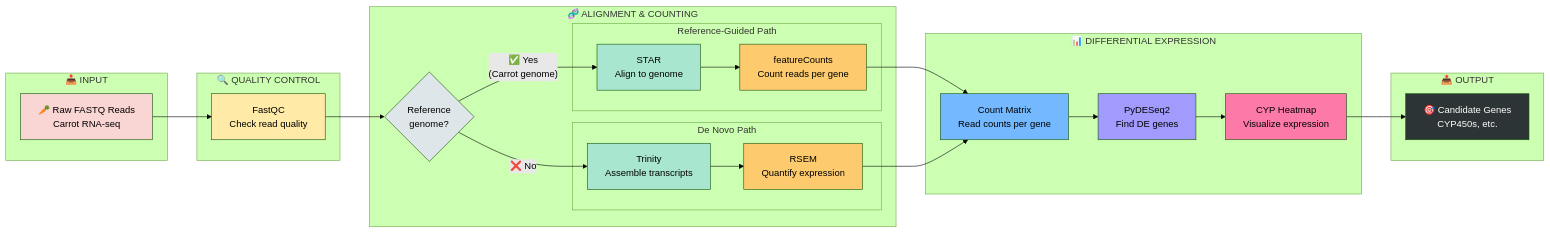
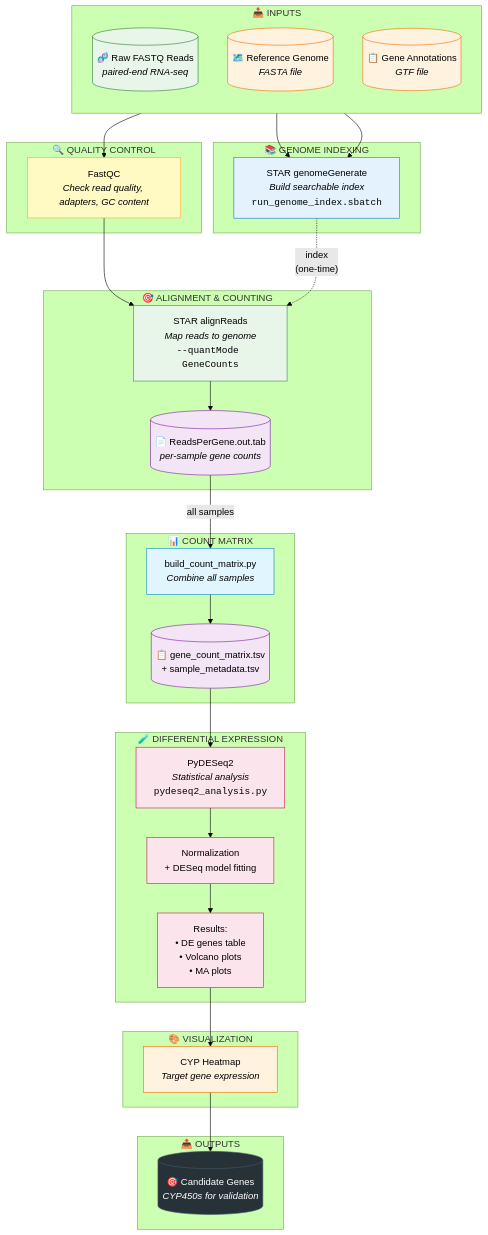
Before and after one commit to daisycortesj/rnaseq: the first of 3 diagrams in ReadME/PIPELINE_FLOWCHART.md, drawn with Mermaid (forest theme). The commit also changed other lines of this file, not shown here.

````diff
--- a/ReadME/PIPELINE_FLOWCHART.md
+++ b/ReadME/PIPELINE_FLOWCHART.md
@@ -11,62 +7,82 @@
 ```mermaid
-flowchart LR
-    subgraph INPUT["📥 INPUT"]
-        A[🥕 Raw FASTQ Reads<br/>Carrot RNA-seq]
+flowchart TD
+    subgraph INPUT["📥 INPUTS"]
+        direction TB
+        A[("🧬 Raw FASTQ Reads<br/><i>paired-end RNA-seq</i>")]
+        B[("🗺️ Reference Genome<br/><i>FASTA file</i>")]
+        C[("📋 Gene Annotations<br/><i>GTF file</i>")]
     end
 
     subgraph QC["🔍 QUALITY CONTROL"]
-        B[FastQC<br/>Check read quality]
+        D["FastQC<br/><i>Check read quality, adapters, GC content</i>"]
     end
 
-    subgraph ALIGN["🧬 ALIGNMENT & COUNTING"]
-        D{Reference<br/>genome?}
-        
-        subgraph REF["Reference-Guided Path"]
-            E[STAR<br/>Align to genome]
-            F[featureCounts<br/>Count reads per gene]
-        end
-        
-        subgraph DENOVO["De Novo Path"]
-            G[Trinity<br/>Assemble transcripts]
-            H[RSEM<br/>Quantify expression]
-        end
+    subgraph INDEX["📚 GENOME INDEXING"]
+        E["STAR genomeGenerate<br/><i>Build searchable index</i><br/><code>run_genome_index.sbatch</code>"]
     end
 
-    subgraph ANALYSIS["📊 DIFFERENTIAL EXPRESSION"]
-        I[Count Matrix<br/>Read counts per gene]
-        J[PyDESeq2<br/>Find DE genes]
-        K[CYP Heatmap<br/>Visualize expression]
+    subgraph ALIGN["🎯 ALIGNMENT & COUNTING"]
+        F["STAR alignReads<br/><i>Map reads to genome</i><br/><code>--quantMode GeneCounts</code>"]
+        G[("📄 ReadsPerGene.out.tab<br/><i>per-sample gene counts</i>")]
     end
 
-    subgraph OUTPUT["📤 OUTPUT"]
-        L[🎯 Candidate Genes<br/>CYP450s, etc.]
+    subgraph MATRIX["📊 COUNT MATRIX"]
+        H["build_count_matrix.py<br/><i>Combine all samples</i>"]
+        I[("📋 gene_count_matrix.tsv<br/>+ sample_metadata.tsv")]
     end
 
-    A --> B
-    B --> D
+    subgraph DE["🧪 DIFFERENTIAL EXPRESSION"]
+        J["PyDESeq2<br/><i>Statistical analysis</i><br/><code>pydeseq2_analysis.py</code>"]
+        K["Normalization<br/>+ DESeq model fitting"]
+        L["Results:<br/>• DE genes table<br/>• Volcano plots<br/>• MA plots"]
+    end
+
+    subgraph VIZ["🎨 VISUALIZATION"]
+        M["CYP Heatmap<br/><i>Target gene expression</i>"]
+    end
+
+    subgraph OUTPUT["📤 OUTPUTS"]
+        N[("🎯 Candidate Genes<br/><i>CYP450s for validation</i>")]
+    end
+
+    %% Main flow
+    A --> D
+    D --> F
     
-    D -->|"✅ Yes<br/>(Carrot genome)"| E
-    D -->|"❌ No"| G
+    %% Index flow (one-time)
+    B --> E
+    C --> E
+    E -.->|"index<br/>(one-time)"| F
     
-    E --> F
-    G --> H
+    %% Alignment produces counts
+    F --> G
     
-    F --> I
+    %% Multiple samples combined
+    G -->|"all samples"| H
     H --> I
     
+    %% DE analysis
     I --> J
     J --> K
     K --> L
+    
+    %% Visualization
+    L --> M
+    M --> N
 
-    style A fill:#f9d5d3
-    style B fill:#ffeaa7
-    style D fill:#dfe6e9
-    style E fill:#a8e6cf
-    style F fill:#fdcb6e
-    style G fill:#a8e6cf
-    style H fill:#fdcb6e
-    style I fill:#74b9ff
-    style J fill:#a29bfe
-    style K fill:#fd79a8
-    style L fill:#2d3436,color:#fff
+    %% Styling
+    style A fill:#e8f5e9,stroke:#2e7d32
+    style B fill:#fff3e0,stroke:#ef6c00
+    style C fill:#fff3e0,stroke:#ef6c00
+    style D fill:#fff9c4,stroke:#f9a825
+    style E fill:#e3f2fd,stroke:#1976d2
+    style F fill:#e8f5e9,stroke:#388e3c
+    style G fill:#f3e5f5,stroke:#7b1fa2
+    style H fill:#e1f5fe,stroke:#0288d1
+    style I fill:#f3e5f5,stroke:#7b1fa2
+    style J fill:#fce4ec,stroke:#c2185b
+    style K fill:#fce4ec,stroke:#c2185b
+    style L fill:#fce4ec,stroke:#c2185b
+    style M fill:#fff3e0,stroke:#ef6c00
+    style N fill:#263238,color:#fff,stroke:#455a64
 ```
````
